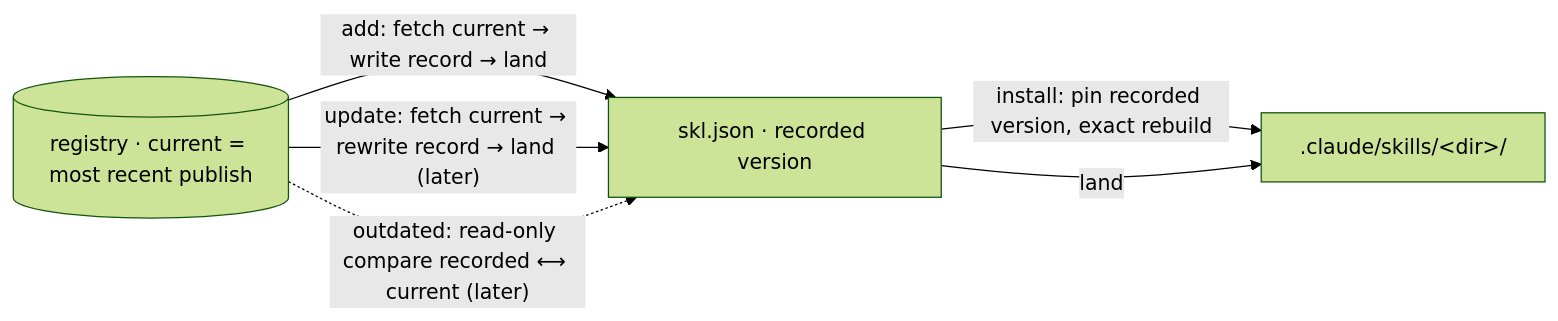
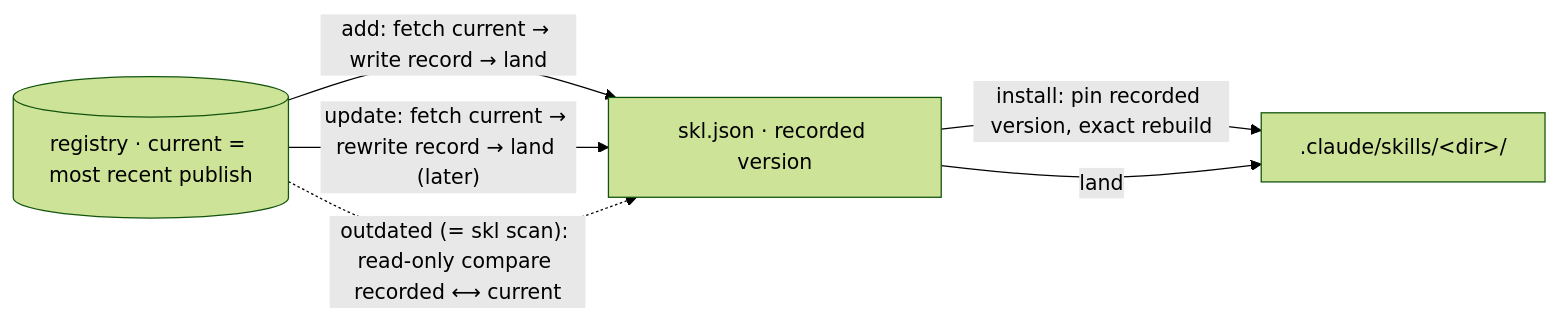
One commit to loopdoop/skl-skill changed the third of 3 diagrams in docs/reference/cli.md. Above: the diagram before and after it, drawn with Mermaid (forest theme). The commit also changed other lines of this file and 3 other files, not shown here.

````diff
--- a/docs/reference/cli.md
+++ b/docs/reference/cli.md
@@ -909,12 +1031,12 @@
 ```mermaid
 flowchart LR
     REG[("registry · current = most recent publish")]
     REC["skl.json · recorded version"]
     DISK[".claude/skills/&lt;dir&gt;/"]
 
     REG -- "add: fetch current → write record → land" --> REC
     REC -- "install: pin recorded version, exact rebuild" --> DISK
     REG -- "update: fetch current → rewrite record → land (later)" --> REC
-    REG -. "outdated: read-only compare recorded ⟷ current (later)" .-> REC
+    REG -. "outdated (= skl scan): read-only compare recorded ⟷ current" .-> REC
     REC -- "land" --> DISK
 ```
````
